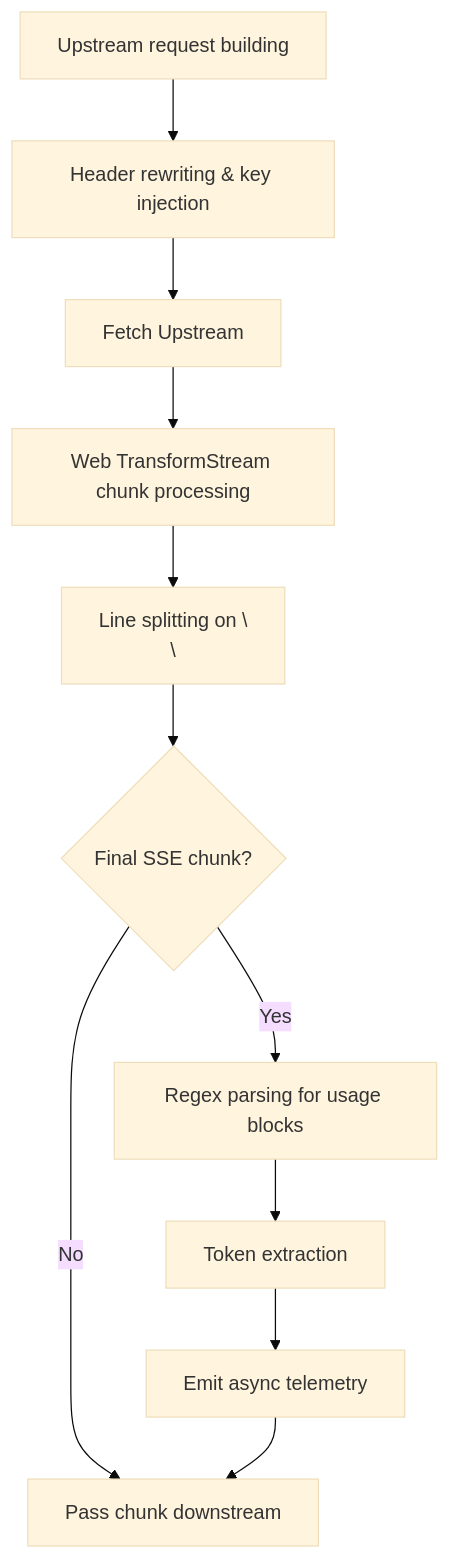
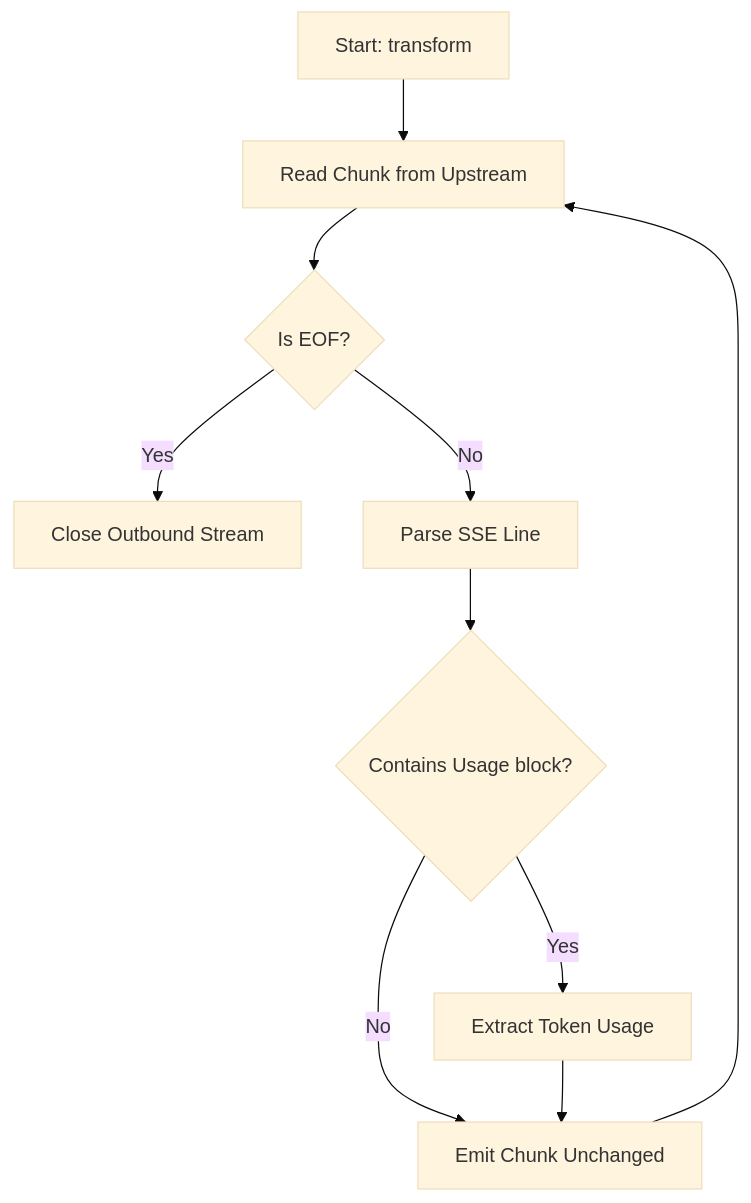
The third of 3 diagrams in docs/codeflow/sse_transformer_and_upstream_client_cfg.md (Axe-08/Key-Collective), drawn with Mermaid (base theme) before and after one commit. The commit also changed other lines of this file and 18 other files, not shown here.

````diff
--- a/docs/codeflow/sse_transformer_and_upstream_client_cfg.md
+++ b/docs/codeflow/sse_transformer_and_upstream_client_cfg.md
@@ -46,13 +80,12 @@
 ```mermaid
 flowchart TD
-    A[Upstream request building] --> B[Header rewriting & key injection]
-    B --> C[Fetch Upstream]
-    C --> D[Web TransformStream chunk processing]
-    D --> E[Line splitting on \\n\\n]
-    E --> F{Final SSE chunk?}
-    F -- No --> G[Pass chunk downstream]
-    F -- Yes --> H[Regex parsing for usage blocks]
-    H --> I[Token extraction]
-    I --> J[Emit async telemetry]
-    J --> G
+    Start[Start: transform] --> ReadChunk[Read Chunk from Upstream]
+    ReadChunk --> EOF{Is EOF?}
+    EOF -- Yes --> CloseStream[Close Outbound Stream]
+    EOF -- No --> ParseLine[Parse SSE Line]
+    ParseLine --> IsUsage{Contains Usage block?}
+    IsUsage -- Yes --> ExtractUsage[Extract Token Usage]
+    IsUsage -- No --> EmitChunk[Emit Chunk Unchanged]
+    ExtractUsage --> EmitChunk
+    EmitChunk --> ReadChunk
 ```
````
